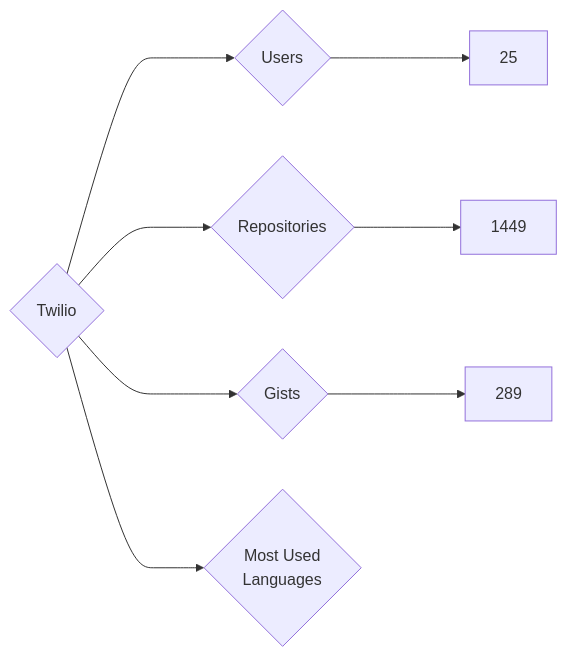
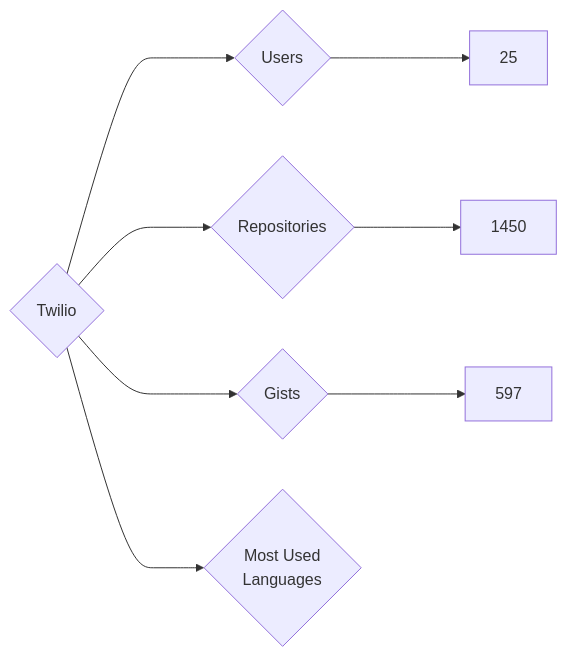
The diagram in targets/Twilio/README.md (nenadzaric/insiders), drawn with Mermaid before and after one commit. The commit also changed 1342 other files, not shown here.

````diff
--- a/targets/Twilio/README.md
+++ b/targets/Twilio/README.md
@@ -3,8 +3,8 @@
 ```mermaid
 graph LR
 COMPANY_NAME{Twilio}
 COMPANY_NAME ---> U{Users} ---> UN[25]
-COMPANY_NAME ---> R{Repositories} ---> RN[1449]
-COMPANY_NAME ---> G{Gists} ---> GN[289]
+COMPANY_NAME ---> R{Repositories} ---> RN[1450]
+COMPANY_NAME ---> G{Gists} ---> GN[597]
 COMPANY_NAME ---> ML{Most Used<br>Languages}
 ```
````
